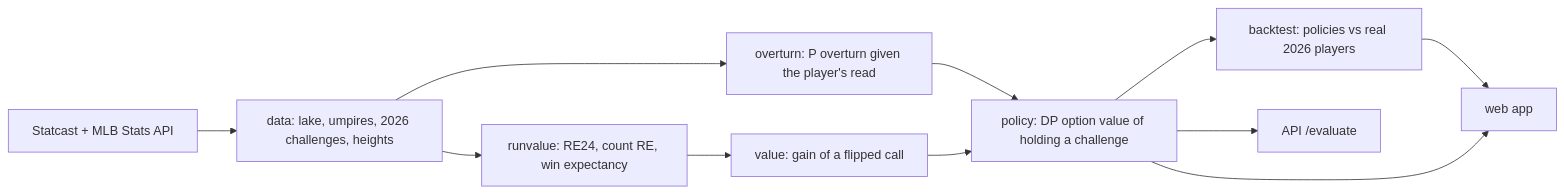
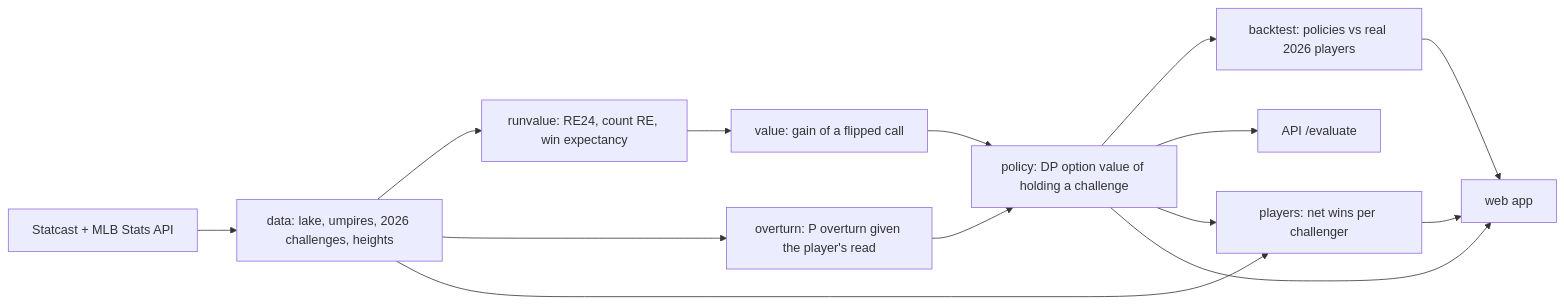
One commit to nickolastran/edgecall changed the diagram in README.md. Above: the diagram before and after it, drawn with Mermaid. The commit also changed other lines of this file and 11 other files, not shown here.

````diff
--- a/README.md
+++ b/README.md
@@ -7,13 +7,16 @@
 ```mermaid
 flowchart LR
   A[Statcast + MLB Stats API] --> B[data: lake, umpires, 2026 challenges, heights]
   B --> C[runvalue: RE24, count RE, win expectancy]
   B --> D[overturn: P overturn given the player's read]
   C --> E[value: gain of a flipped call]
   D --> F[policy: DP option value of holding a challenge]
   E --> F
   F --> G[backtest: policies vs real 2026 players]
   F --> H[API /evaluate]
   G --> I[web app]
+  B --> P[players: net wins per challenger]
+  F --> P
+  P --> I
   F --> I
 ```
````
